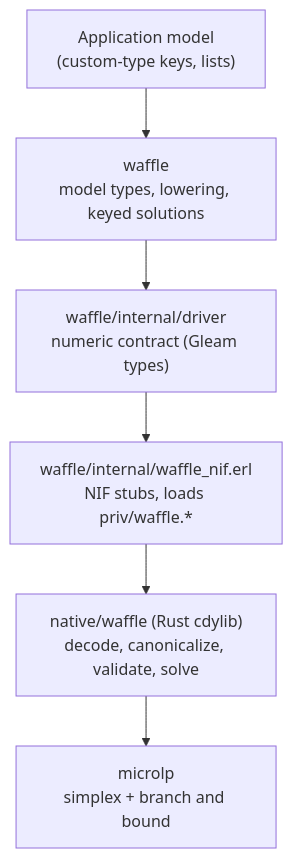
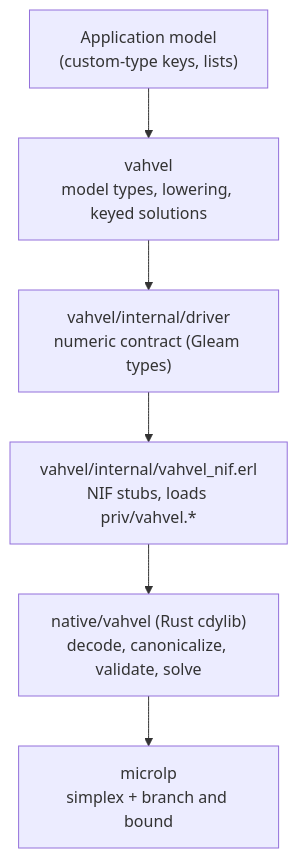
One commit to heinosoo/vahvel changed the first of 2 diagrams in ARCHITECTURE.md. Above: the diagram before and after it, drawn with Mermaid. The commit also changed other lines of this file and 28 other files, not shown here.

````diff
--- a/ARCHITECTURE.md
+++ b/ARCHITECTURE.md
@@ -15,9 +15,9 @@
 ```mermaid
 flowchart TD
   A["Application model<br/>(custom-type keys, lists)"] --> B
-  B["waffle<br/>model types, lowering, keyed solutions"] --> C
-  C["waffle/internal/driver<br/>numeric contract (Gleam types)"] --> D
-  D["waffle/internal/waffle_nif.erl<br/>NIF stubs, loads priv/waffle.*"] --> E
-  E["native/waffle (Rust cdylib)<br/>decode, canonicalize, validate, solve"] --> F
+  B["vahvel<br/>model types, lowering, keyed solutions"] --> C
+  C["vahvel/internal/driver<br/>numeric contract (Gleam types)"] --> D
+  D["vahvel/internal/vahvel_nif.erl<br/>NIF stubs, loads priv/vahvel.*"] --> E
+  E["native/vahvel (Rust cdylib)<br/>decode, canonicalize, validate, solve"] --> F
   F["microlp<br/>simplex + branch and bound"]
 ```
````
